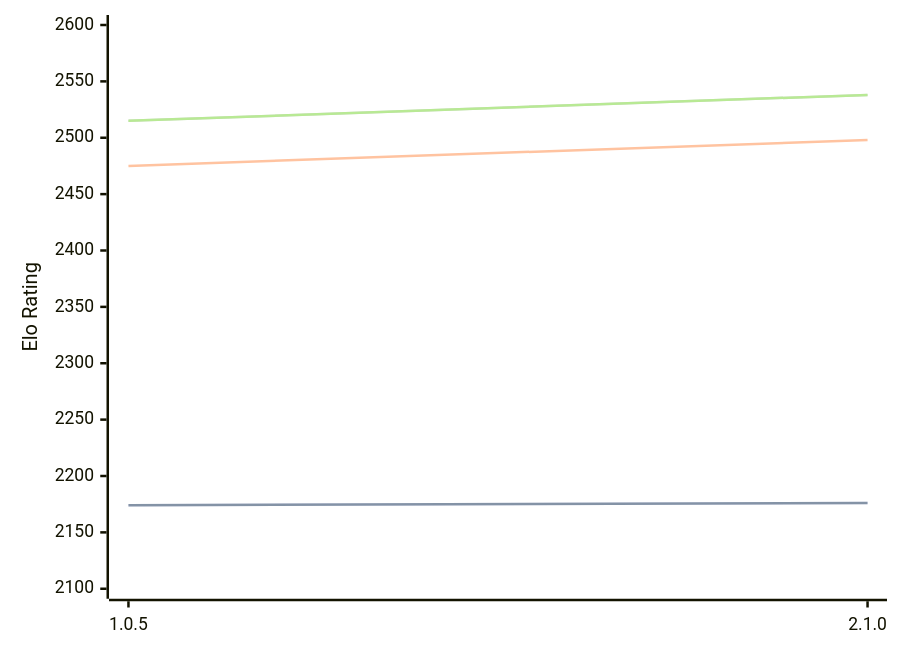
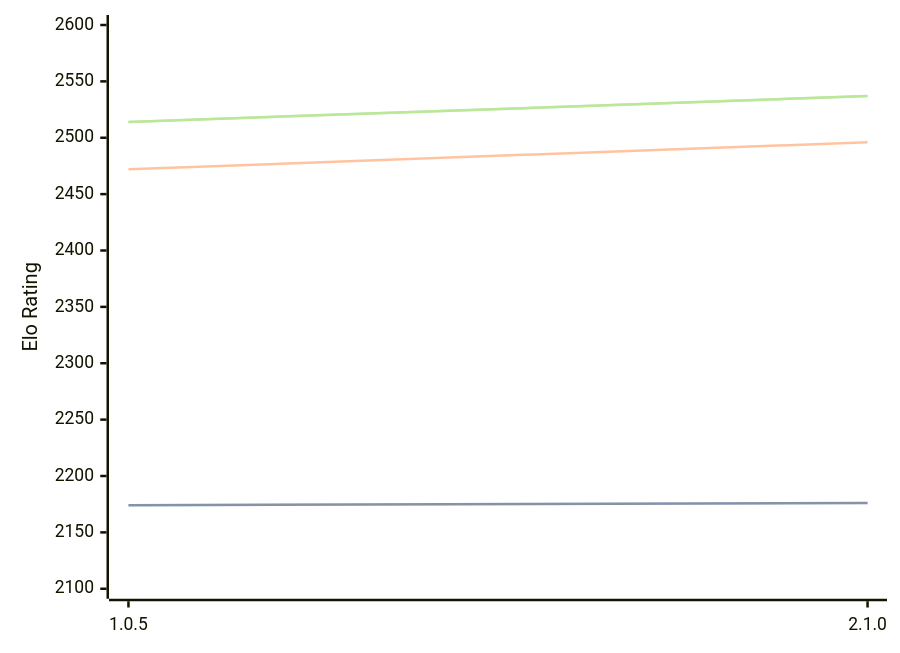
One commit to computer-chess-index/cci changed the diagram in engines/Ruffian.md. Above: the diagram before and after it, drawn with Mermaid. The commit also changed other lines of this file, not shown here.

Commit message:
Update CCI Ratings (ELO VLTC) - 2026-03-31

````diff
--- a/engines/Ruffian.md
+++ b/engines/Ruffian.md
@@ -32,11 +32,11 @@
 ```mermaid
 %%{init: {"theme":"base","themeVariables":{"seriesColors:['#a3a3a3','#222221','#faa371']}}}%%
 xychart-beta
   x-axis ["1.0.5", "2.1.0"]
   y-axis "Elo Rating" 2100 --> 2600
   line "STC (8.0+0.08s)" [2174, 2176]
   line "STC (8.0+0.08s)" [2174, 2176]
-  line "LTC (60.0+0.60s)" [2475, 2498]
-  line "VLTC (2m24s+1.12s)" [2515, 2538]
-  line "VLTC (2m24s+1.12s)" [2515, 2538]
+  line "LTC (60.0+0.60s)" [2472, 2496]
+  line "VLTC (2m24s+1.12s)" [2514, 2537]
+  line "VLTC (2m24s+1.12s)" [2514, 2537]
 ```
````
